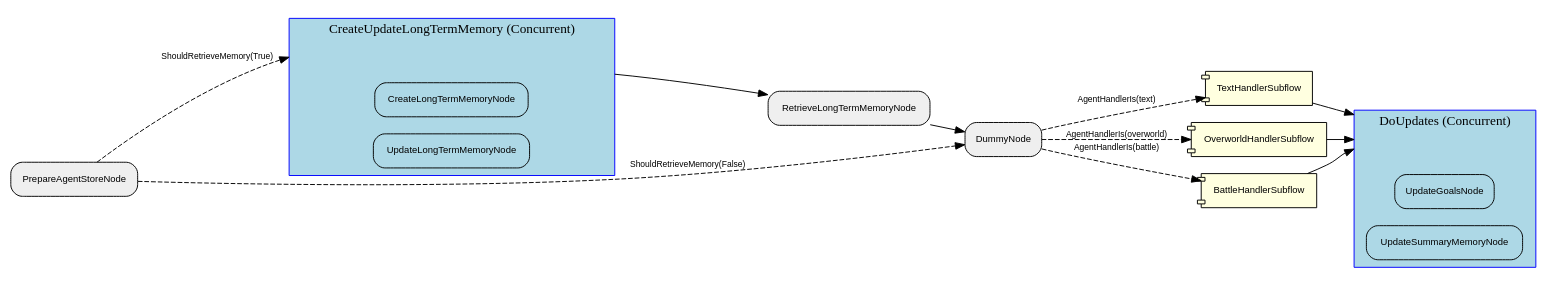
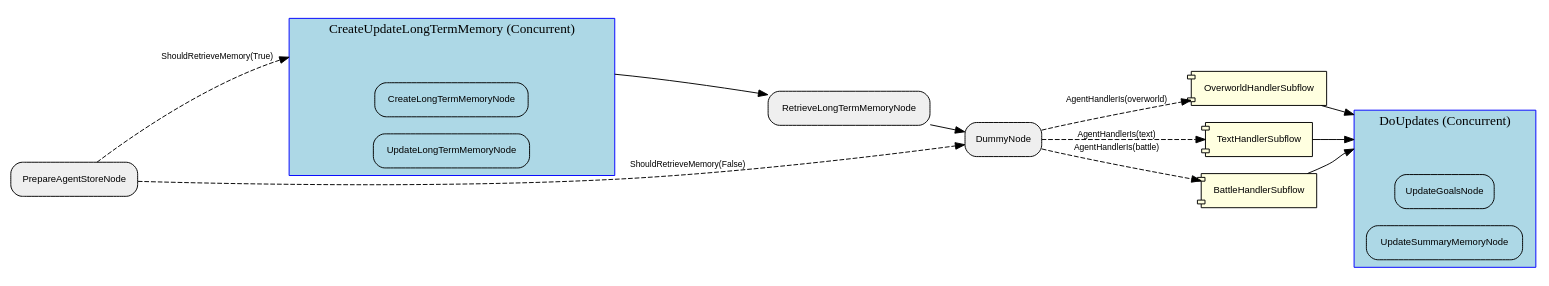
The diagram in visualization/agent_graph/Graph.dot (clambro/ai-plays-pokemon), drawn with Graphviz before and after one commit. The commit also changed 21 other files, not shown here.

```diff
--- a/visualization/agent_graph/Graph.dot
+++ b/visualization/agent_graph/Graph.dot
@@ -1,44 +1,44 @@
 digraph "G" {
   rankdir=LR;
   compound=true;
   node [shape=box, style="rounded,filled", fillcolor="#EFEFEF", fontname="Helvetica", fontsize=10];
   edge [fontname="Helvetica", fontsize=9];
-  subgraph "cluster_SbPd8zF1jOcLdZIaj1o7U" {
+  subgraph "cluster_JGq9sCPgxi1tHCfcz06JY" {
     label="DoUpdates (Concurrent)";
     style="filled"; fillcolor="lightblue"; color="blue";
     node [fillcolor="lightblue", style="filled,rounded"];
-    "SbPd8zF1jOcLdZIaj1o7U__entry" [label="", shape=point, width=0.01, style=invis];
-    "SbPd8zF1jOcLdZIaj1o7U__exit"  [label="", shape=point, width=0.01, style=invis];
-    he2k8dQjZM6TsJfSvsksp [label="UpdateGoalsNode"];
-    nwybCbDR62OT69HjAoQV4 [label="UpdateSummaryMemoryNode"];
+    "JGq9sCPgxi1tHCfcz06JY__entry" [label="", shape=point, width=0.01, style=invis];
+    "JGq9sCPgxi1tHCfcz06JY__exit"  [label="", shape=point, width=0.01, style=invis];
+    "2o1RvuAEXn2FleXSXplq2" [label="UpdateGoalsNode"];
+    NWH3OOylPbWylCmGtejfR [label="UpdateSummaryMemoryNode"];
   }
-  subgraph "cluster_aWmpXflhcc3CPQmZPsPCQ" {
+  subgraph "cluster_xABv6cNYaWi9MfQIBCD30" {
     label="CreateUpdateLongTermMemory (Concurrent)";
     style="filled"; fillcolor="lightblue"; color="blue";
     node [fillcolor="lightblue", style="filled,rounded"];
-    "aWmpXflhcc3CPQmZPsPCQ__entry" [label="", shape=point, width=0.01, style=invis];
-    "aWmpXflhcc3CPQmZPsPCQ__exit"  [label="", shape=point, width=0.01, style=invis];
-    dWaH9blcl3VRAF0IAEA00 [label="CreateLongTermMemoryNode"];
-    GwIfGNU3582nqaitahiz3 [label="UpdateLongTermMemoryNode"];
+    "xABv6cNYaWi9MfQIBCD30__entry" [label="", shape=point, width=0.01, style=invis];
+    "xABv6cNYaWi9MfQIBCD30__exit"  [label="", shape=point, width=0.01, style=invis];
+    BsjMNR5IkjlHKLPOftcOI [label="CreateLongTermMemoryNode"];
+    L7EPXsMKKDWFwXnYLIaRp [label="UpdateLongTermMemoryNode"];
   }
-  Ox28C7l6gw4bOLzSzu2K6 [label="RetrieveLongTermMemoryNode"];
-  ZIK0tlOd12h1HSrT8dbHK [label="TextHandlerSubflow", shape=component, style="filled,rounded", fillcolor="lightyellow"];
-  "5bjAebVecgmlNztV017W9" [label="OverworldHandlerSubflow", shape=component, style="filled,rounded", fillcolor="lightyellow"];
-  GwIfGNU3582nqaitahiz3 [label="UpdateLongTermMemoryNode"];
-  Zlt5TF7jMAVAwkV3JyDj3 [label="PrepareAgentStoreNode"];
-  he2k8dQjZM6TsJfSvsksp [label="UpdateGoalsNode"];
-  dWaH9blcl3VRAF0IAEA00 [label="CreateLongTermMemoryNode"];
-  nwybCbDR62OT69HjAoQV4 [label="UpdateSummaryMemoryNode"];
-  hrtvlYb1QpLSzgOvRMnQ4 [label="BattleHandlerSubflow", shape=component, style="filled,rounded", fillcolor="lightyellow"];
-  O5a2kBnvhoVdp2GIS6O29 [label="DummyNode"];
-  Zlt5TF7jMAVAwkV3JyDj3 -> aWmpXflhcc3CPQmZPsPCQ__entry [lhead="cluster_aWmpXflhcc3CPQmZPsPCQ", style="dashed", label="ShouldRetrieveMemory(True)"];
-  aWmpXflhcc3CPQmZPsPCQ__exit -> Ox28C7l6gw4bOLzSzu2K6 [ltail="cluster_aWmpXflhcc3CPQmZPsPCQ", style="solid"];
-  Zlt5TF7jMAVAwkV3JyDj3 -> O5a2kBnvhoVdp2GIS6O29 [style="dashed", label="ShouldRetrieveMemory(False)"];
-  Ox28C7l6gw4bOLzSzu2K6 -> O5a2kBnvhoVdp2GIS6O29 [style="solid"];
-  O5a2kBnvhoVdp2GIS6O29 -> "5bjAebVecgmlNztV017W9" [style="dashed", label="AgentHandlerIs(overworld)"];
-  O5a2kBnvhoVdp2GIS6O29 -> hrtvlYb1QpLSzgOvRMnQ4 [style="dashed", label="AgentHandlerIs(battle)"];
-  O5a2kBnvhoVdp2GIS6O29 -> ZIK0tlOd12h1HSrT8dbHK [style="dashed", label="AgentHandlerIs(text)"];
-  ZIK0tlOd12h1HSrT8dbHK -> SbPd8zF1jOcLdZIaj1o7U__entry [lhead="cluster_SbPd8zF1jOcLdZIaj1o7U", style="solid"];
-  hrtvlYb1QpLSzgOvRMnQ4 -> SbPd8zF1jOcLdZIaj1o7U__entry [lhead="cluster_SbPd8zF1jOcLdZIaj1o7U", style="solid"];
-  "5bjAebVecgmlNztV017W9" -> SbPd8zF1jOcLdZIaj1o7U__entry [lhead="cluster_SbPd8zF1jOcLdZIaj1o7U", style="solid"];
+  p2BunglakzT3PH7r0vT4v [label="OverworldHandlerSubflow", shape=component, style="filled,rounded", fillcolor="lightyellow"];
+  BsjMNR5IkjlHKLPOftcOI [label="CreateLongTermMemoryNode"];
+  S2X9mxsO1OiXV97kM9rck [label="PrepareAgentStoreNode"];
+  NWH3OOylPbWylCmGtejfR [label="UpdateSummaryMemoryNode"];
+  kjUtf0mXp58joh3djEdgk [label="DummyNode"];
+  L7EPXsMKKDWFwXnYLIaRp [label="UpdateLongTermMemoryNode"];
+  VhkKloVvrB7suKe0JM2gk [label="RetrieveLongTermMemoryNode"];
+  "0vqHqJJrPTGPMk0PhDn3t" [label="TextHandlerSubflow", shape=component, style="filled,rounded", fillcolor="lightyellow"];
+  "2o1RvuAEXn2FleXSXplq2" [label="UpdateGoalsNode"];
+  KHuGZxU6hgQoJXTMV5ZJq [label="BattleHandlerSubflow", shape=component, style="filled,rounded", fillcolor="lightyellow"];
+  S2X9mxsO1OiXV97kM9rck -> xABv6cNYaWi9MfQIBCD30__entry [lhead="cluster_xABv6cNYaWi9MfQIBCD30", style="dashed", label="ShouldRetrieveMemory(True)"];
+  xABv6cNYaWi9MfQIBCD30__exit -> VhkKloVvrB7suKe0JM2gk [ltail="cluster_xABv6cNYaWi9MfQIBCD30", style="solid"];
+  S2X9mxsO1OiXV97kM9rck -> kjUtf0mXp58joh3djEdgk [style="dashed", label="ShouldRetrieveMemory(False)"];
+  VhkKloVvrB7suKe0JM2gk -> kjUtf0mXp58joh3djEdgk [style="solid"];
+  kjUtf0mXp58joh3djEdgk -> p2BunglakzT3PH7r0vT4v [style="dashed", label="AgentHandlerIs(overworld)"];
+  kjUtf0mXp58joh3djEdgk -> KHuGZxU6hgQoJXTMV5ZJq [style="dashed", label="AgentHandlerIs(battle)"];
+  kjUtf0mXp58joh3djEdgk -> "0vqHqJJrPTGPMk0PhDn3t" [style="dashed", label="AgentHandlerIs(text)"];
+  "0vqHqJJrPTGPMk0PhDn3t" -> JGq9sCPgxi1tHCfcz06JY__entry [lhead="cluster_JGq9sCPgxi1tHCfcz06JY", style="solid"];
+  KHuGZxU6hgQoJXTMV5ZJq -> JGq9sCPgxi1tHCfcz06JY__entry [lhead="cluster_JGq9sCPgxi1tHCfcz06JY", style="solid"];
+  p2BunglakzT3PH7r0vT4v -> JGq9sCPgxi1tHCfcz06JY__entry [lhead="cluster_JGq9sCPgxi1tHCfcz06JY", style="solid"];
 }
```
